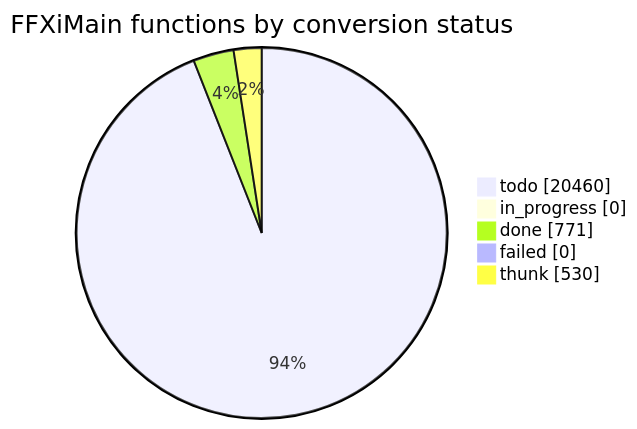
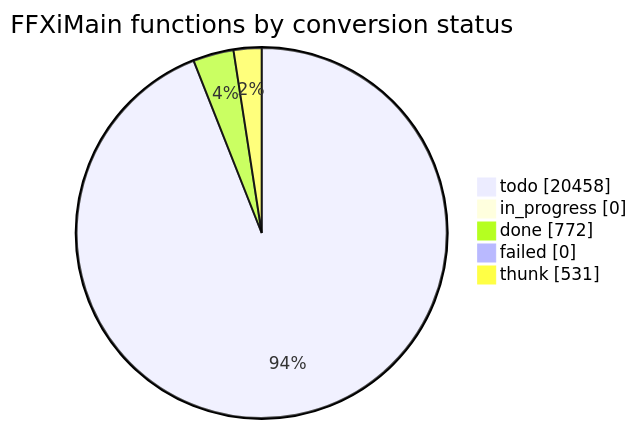
Before and after one commit to cowrevenge/cow_kuluu_xi_anything: the diagram in docs/cow/STATUS.md, drawn with Mermaid. The commit also changed other lines of this file and 9 other files, not shown here.

````diff
--- a/docs/cow/STATUS.md
+++ b/docs/cow/STATUS.md
@@ -18,9 +18,9 @@
 ```mermaid
 pie showData
     title FFXiMain functions by conversion status
-    "todo" : 20460
+    "todo" : 20458
     "in_progress" : 0
-    "done" : 771
+    "done" : 772
     "failed" : 0
-    "thunk" : 530
+    "thunk" : 531
 ```
````
